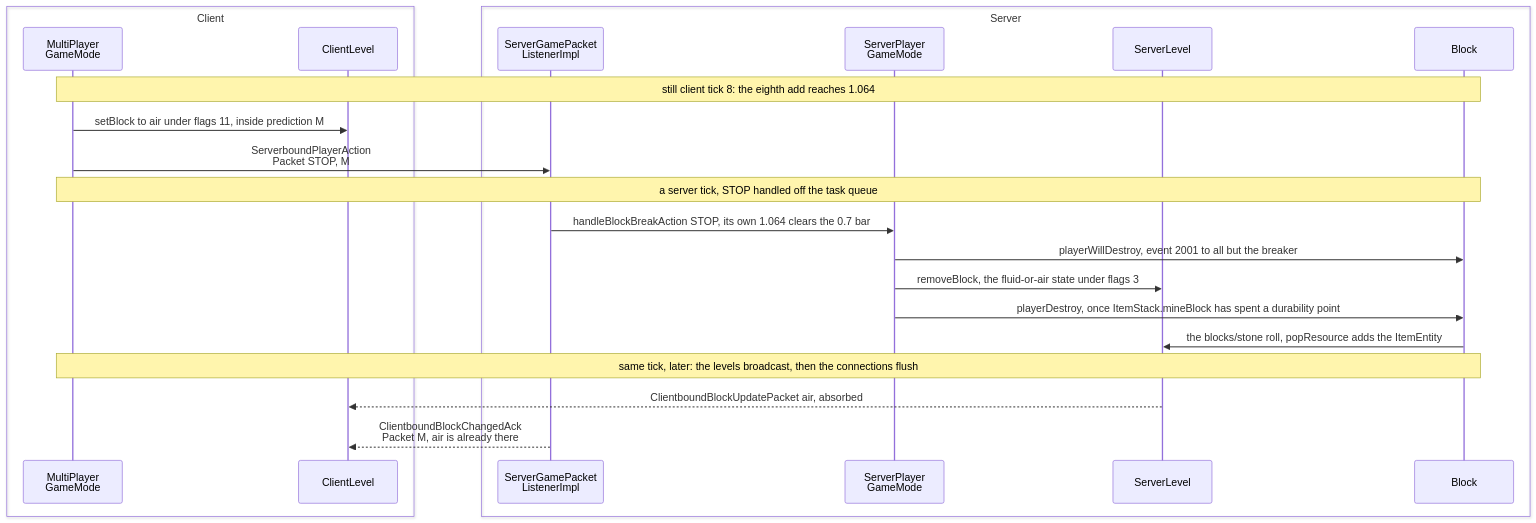
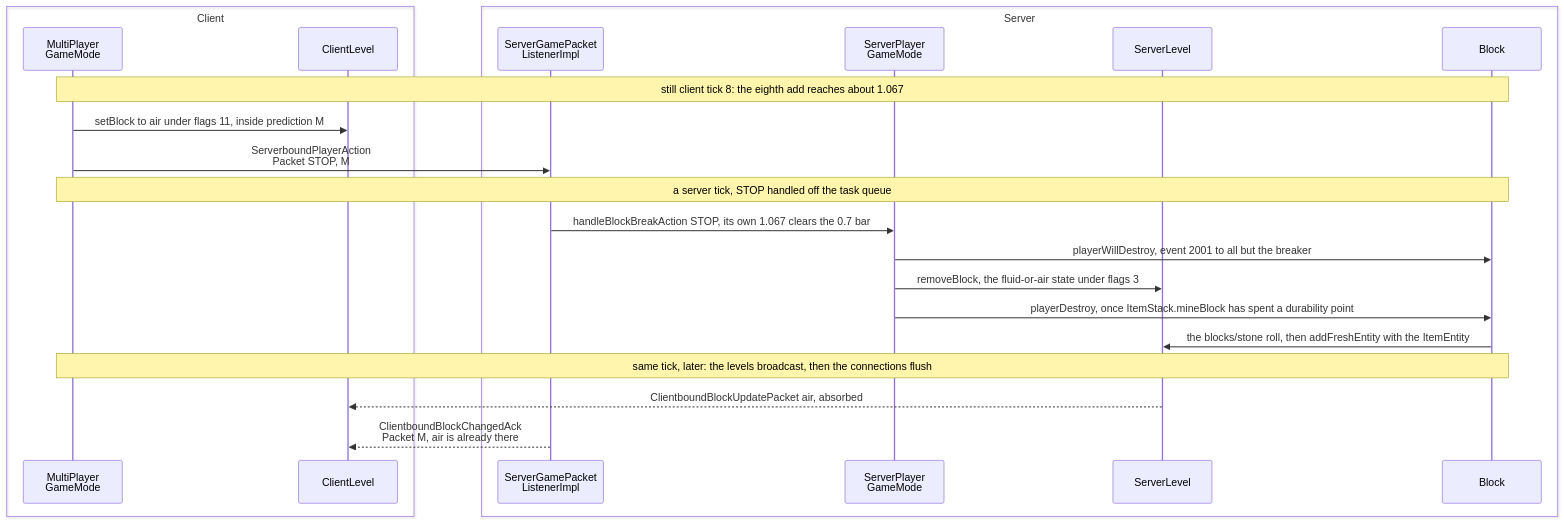
The second of 2 diagrams in src/systems/blocks/block-breaking.md (AlexanderjFraser/MinecraftDocs), drawn with Mermaid before and after one commit. The commit also changed other lines of this file and 21 other files, not shown here.

````diff
--- a/src/systems/blocks/block-breaking.md
+++ b/src/systems/blocks/block-breaking.md
@@ -86,26 +86,26 @@
 ```mermaid
 sequenceDiagram
     box Client
         participant MPGM as MultiPlayer<br/>GameMode
         participant CL as ClientLevel
     end
     box Server
         participant SGPL as ServerGamePacket<br/>ListenerImpl
         participant SPGM as ServerPlayer<br/>GameMode
         participant SL as ServerLevel
         participant Block as Block
     end
 
-    Note over MPGM,Block: still client tick 8: the eighth add reaches 1.064
+    Note over MPGM,Block: still client tick 8: the eighth add reaches about 1.067
     MPGM->>CL: setBlock to air under flags 11, inside prediction M
     MPGM->>SGPL: ServerboundPlayerAction<br/>Packet STOP, M
     Note over MPGM,Block: a server tick, STOP handled off the task queue
-    SGPL->>SPGM: handleBlockBreakAction STOP, its own 1.064 clears the 0.7 bar
+    SGPL->>SPGM: handleBlockBreakAction STOP, its own 1.067 clears the 0.7 bar
     SPGM->>Block: playerWillDestroy, event 2001 to all but the breaker
     SPGM->>SL: removeBlock, the fluid-or-air state under flags 3
     SPGM->>Block: playerDestroy, once ItemStack.mineBlock has spent a durability point
-    Block->>SL: the blocks/stone roll, popResource adds the ItemEntity
+    Block->>SL: the blocks/stone roll, then addFreshEntity with the ItemEntity
     Note over MPGM,Block: same tick, later: the levels broadcast, then the connections flush
     SL-->>CL: ClientboundBlockUpdatePacket air, absorbed
     SGPL-->>CL: ClientboundBlockChangedAck<br/>Packet M, air is already there
 ```
````
